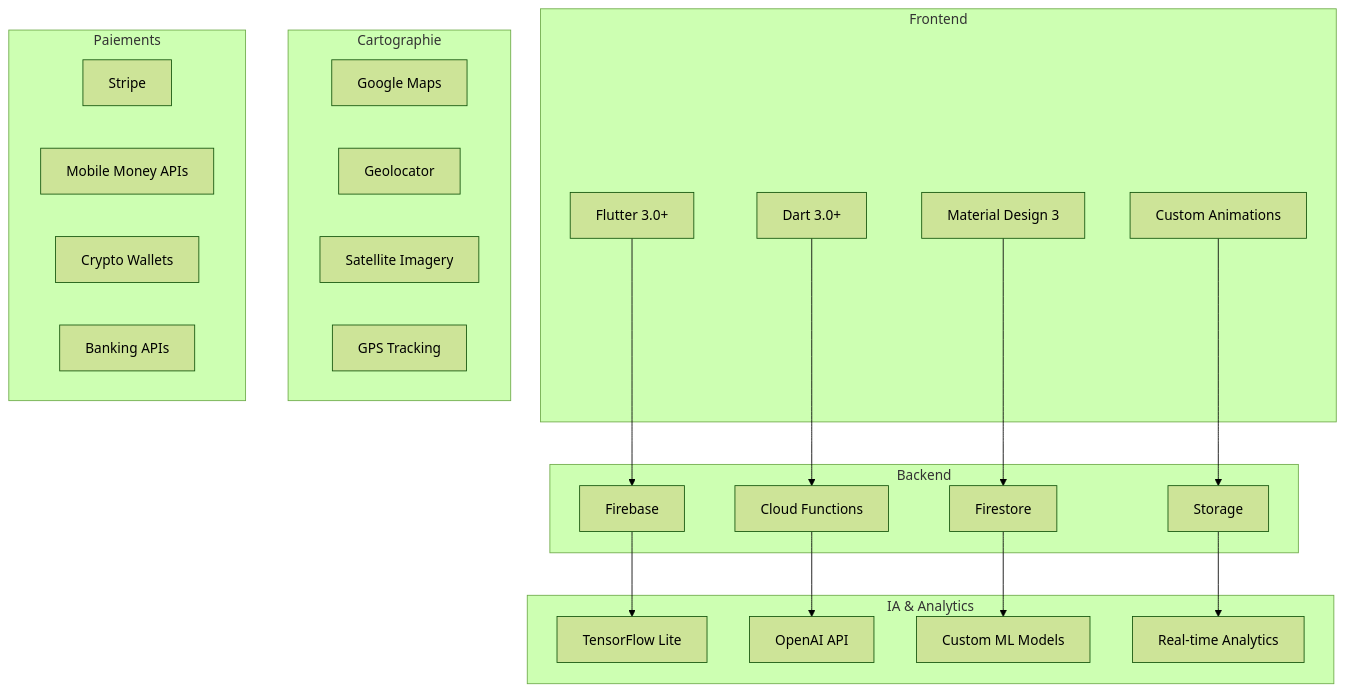
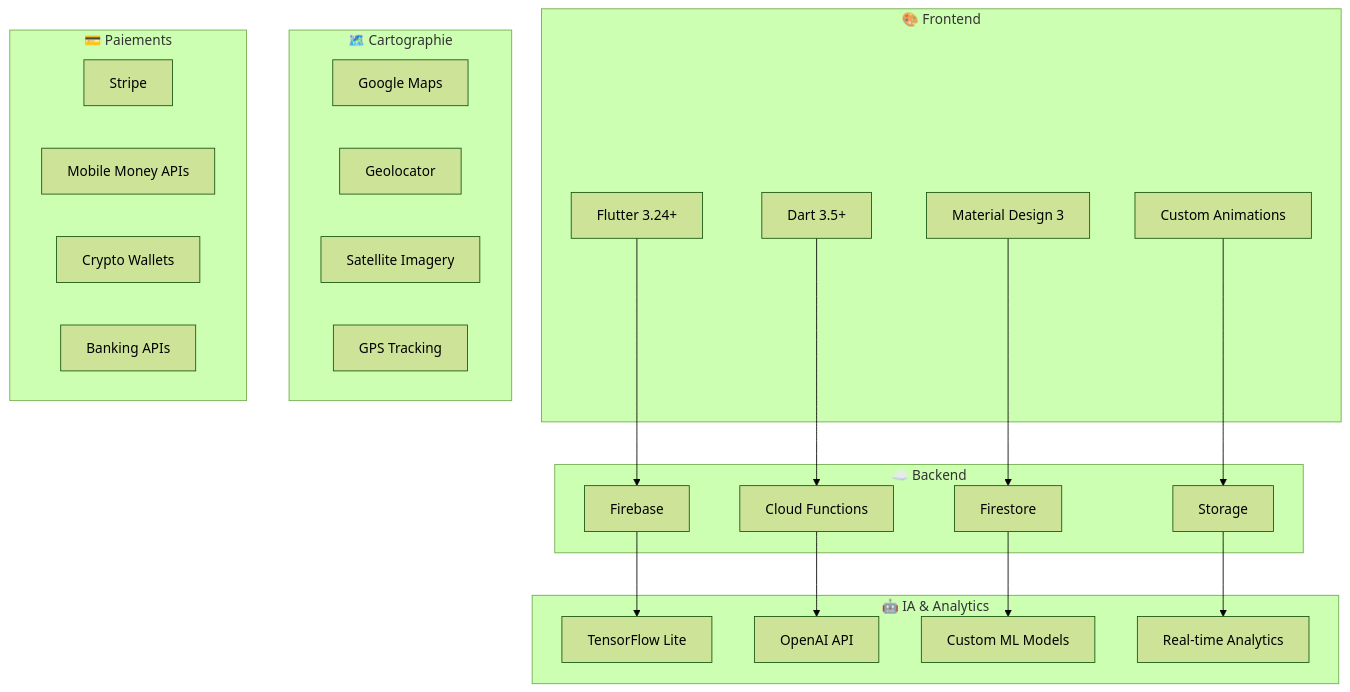
Before and after one commit to MaximeKELI/Projet-AGRICOLE: the sixth of 13 diagrams in README.md, drawn with Mermaid (forest theme). The commit also changed other lines of this file and 2 other files, not shown here.

````diff
--- a/README.md
+++ b/README.md
@@ -211,46 +564,46 @@
 ```mermaid
 graph TB
-    subgraph "Frontend"
-        A[Flutter 3.0+]
-        B[Dart 3.0+]
+    subgraph "🎨 Frontend"
+        A[Flutter 3.24+]
+        B[Dart 3.5+]
         C[Material Design 3]
         D[Custom Animations]
     end
     
-    subgraph "Backend"
+    subgraph "☁️ Backend"
         E[Firebase]
         F[Cloud Functions]
         G[Firestore]
         H[Storage]
     end
     
-    subgraph "IA & Analytics"
+    subgraph "🤖 IA & Analytics"
         I[TensorFlow Lite]
         J[OpenAI API]
         K[Custom ML Models]
         L[Real-time Analytics]
     end
     
-    subgraph "Cartographie"
+    subgraph "🗺️ Cartographie"
         M[Google Maps]
         N[Geolocator]
         O[Satellite Imagery]
         P[GPS Tracking]
     end
     
-    subgraph "Paiements"
+    subgraph "💳 Paiements"
         Q[Stripe]
         R[Mobile Money APIs]
         S[Crypto Wallets]
         T[Banking APIs]
     end
     
     A --> E
     B --> F
     C --> G
     D --> H
     E --> I
     F --> J
     G --> K
     H --> L
 ```
````
